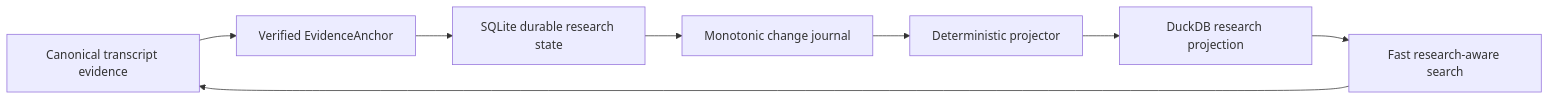
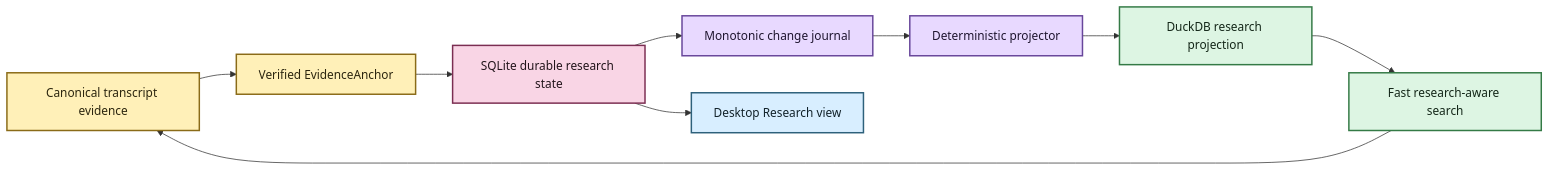
The diagram in docs/research-notes.md (SSD1805/EchoFlow), drawn with Mermaid before and after one commit. The commit also changed other lines of this file and 29 other files, not shown here.

Commit message:
docs: restore Mermaid styling and refresh current product truth

````diff
--- a/docs/research-notes.md
+++ b/docs/research-notes.md
@@ -26,10 +26,23 @@
 ```mermaid
-graph LR;
+flowchart LR
     A[Canonical transcript evidence] --> B[Verified EvidenceAnchor]
     B --> C[SQLite durable research state]
     C --> D[Monotonic change journal]
     D --> E[Deterministic projector]
     E --> F[DuckDB research projection]
     F --> G[Fast research-aware search]
     G --> A
+    C --> H[Desktop Research view]
+
+    classDef evidence fill:#FFF0B8,stroke:#8A6B18,stroke-width:2px,color:#2C260F
+    classDef source fill:#F9D5E5,stroke:#7B2E52,stroke-width:2px,color:#22151B
+    classDef process fill:#E8D9FF,stroke:#68469B,stroke-width:2px,color:#1F1630
+    classDef view fill:#DDF5E3,stroke:#347A46,stroke-width:2px,color:#142719
+    classDef inspect fill:#D8EEFF,stroke:#2E617B,stroke-width:2px,color:#12222A
+
+    class A,B evidence
+    class C source
+    class D,E process
+    class F,G view
+    class H inspect
 ```
````
